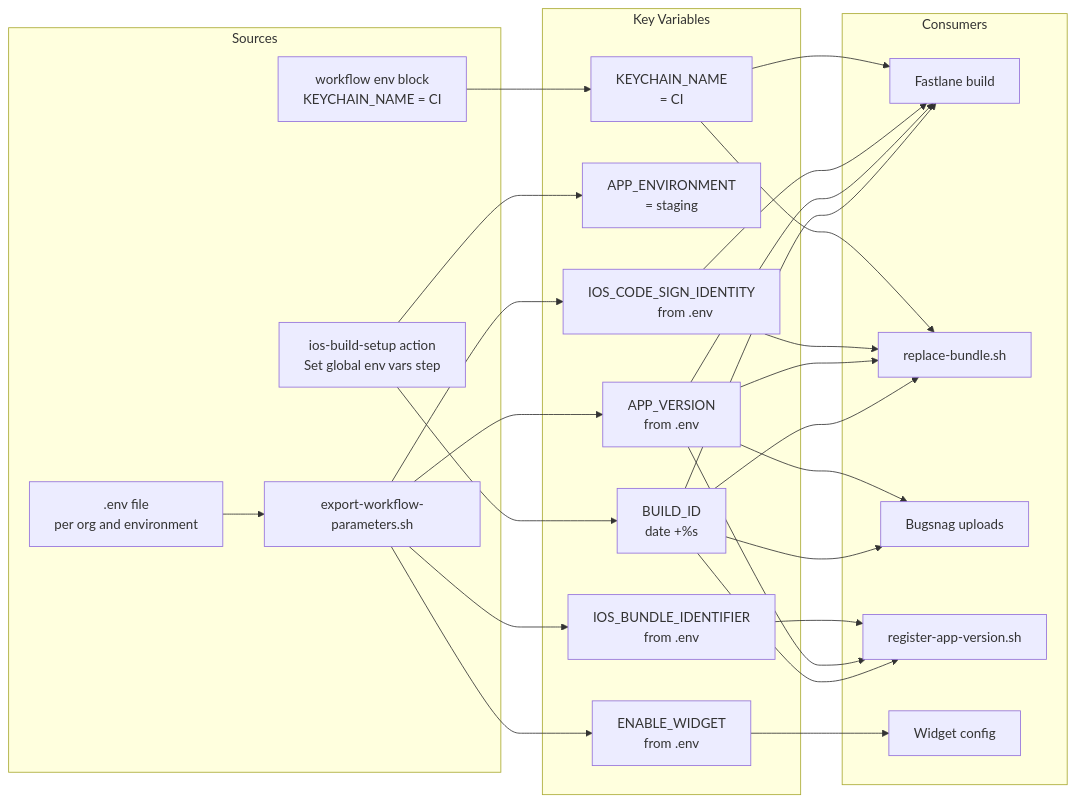
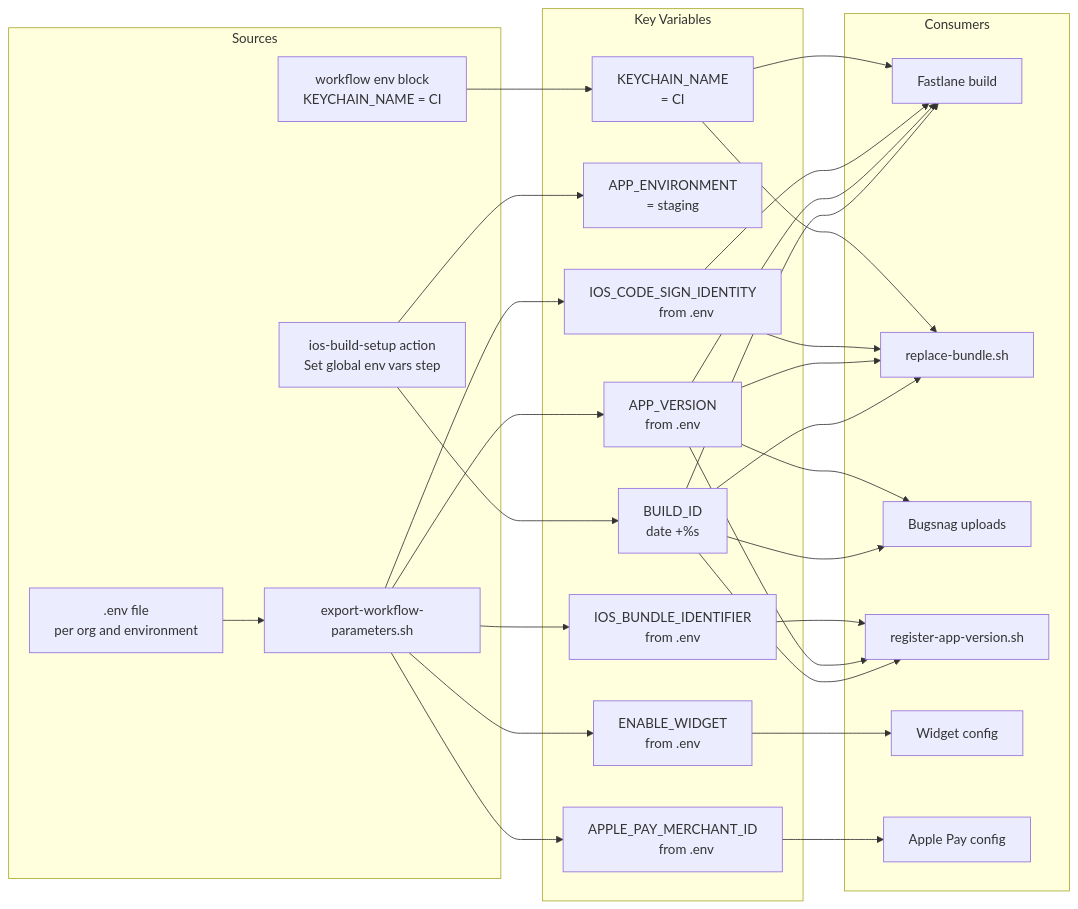
One commit to AtB-AS/mittatb-app changed the seventh of 7 diagrams in docs/ios-build-staging-graph.md. Above: the diagram before and after it, drawn with Mermaid. The commit also changed other lines of this file and 2 other files, not shown here.

````diff
--- a/docs/ios-build-staging-graph.md
+++ b/docs/ios-build-staging-graph.md
@@ -347,46 +360,50 @@
 ```mermaid
 flowchart LR
     subgraph sources ["Sources"]
         env_file[".env file
         per org and environment"]
         scripts["export-workflow-parameters.sh"]
         build_setup["ios-build-setup action
         Set global env vars step"]
         workflow["workflow env block
         KEYCHAIN_NAME = CI"]
     end
 
     subgraph vars ["Key Variables"]
         BUILD_ID["BUILD_ID
         date +%s"]
         APP_ENVIRONMENT["APP_ENVIRONMENT
         = staging"]
         APP_VERSION["APP_VERSION
         from .env"]
         IOS_BUNDLE_IDENTIFIER["IOS_BUNDLE_IDENTIFIER
         from .env"]
         IOS_CODE_SIGN_IDENTITY["IOS_CODE_SIGN_IDENTITY
         from .env"]
         KEYCHAIN_NAME["KEYCHAIN_NAME
         = CI"]
         ENABLE_WIDGET["ENABLE_WIDGET
         from .env"]
+        APPLE_PAY_MERCHANT_ID["APPLE_PAY_MERCHANT_ID
+        from .env"]
     end
 
     subgraph consumers ["Consumers"]
         fastlane["Fastlane build"]
         replace["replace-bundle.sh"]
         bugsnag["Bugsnag uploads"]
         register["register-app-version.sh"]
         widget["Widget config"]
+        apple_pay["Apple Pay config"]
     end
 
     build_setup --> BUILD_ID & APP_ENVIRONMENT
     workflow --> KEYCHAIN_NAME
-    env_file --> scripts --> APP_VERSION & IOS_BUNDLE_IDENTIFIER & IOS_CODE_SIGN_IDENTITY & ENABLE_WIDGET
+    env_file --> scripts --> APP_VERSION & IOS_BUNDLE_IDENTIFIER & IOS_CODE_SIGN_IDENTITY & ENABLE_WIDGET & APPLE_PAY_MERCHANT_ID
 
     BUILD_ID & APP_VERSION --> fastlane & replace & bugsnag & register
     IOS_CODE_SIGN_IDENTITY & KEYCHAIN_NAME --> fastlane & replace
     IOS_BUNDLE_IDENTIFIER --> register
     ENABLE_WIDGET --> widget
+    APPLE_PAY_MERCHANT_ID --> apple_pay
 ```
````
